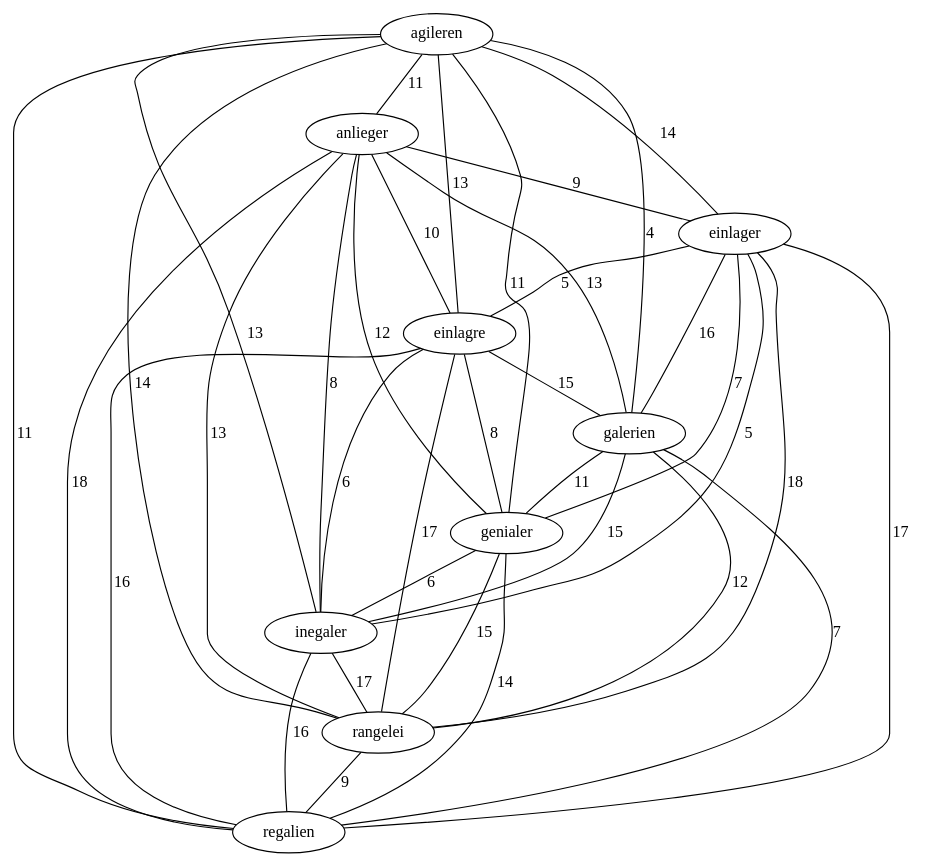
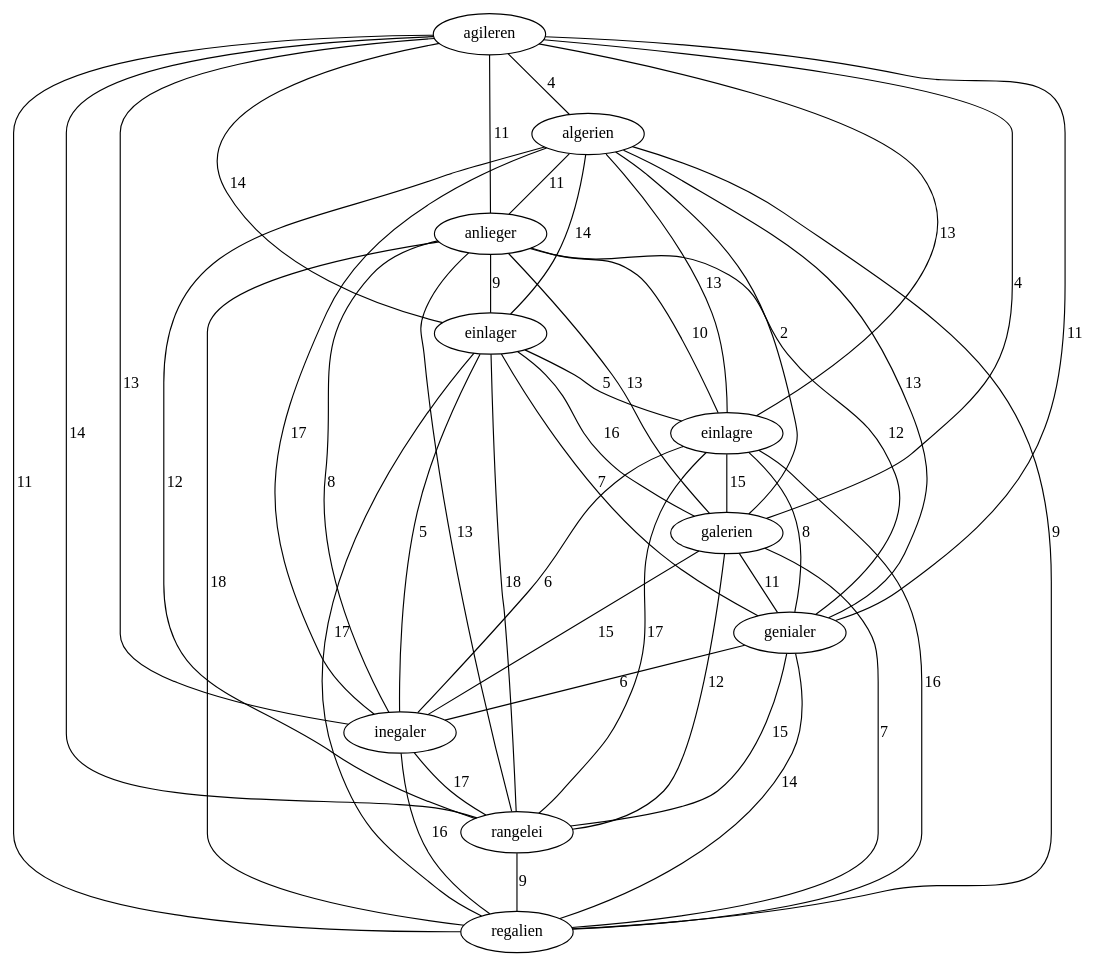
One commit to increpare/Galaktisches_Etymologieforschungsinstitut changed the diagram in output/dot/DE_agileren.dot. Above: the diagram before and after it, drawn with Graphviz. The commit also changed 21 other files, not shown here.

```diff
--- a/output/dot/DE_agileren.dot
+++ b/output/dot/DE_agileren.dot
@@ -1,38 +1,47 @@
 graph {
+	agileren -- algerien [ label="4" ];
 	agileren -- anlieger [ label="11" ];
 	agileren -- einlager [ label="14" ];
 	agileren -- einlagre [ label="13" ];
 	agileren -- galerien [ label="4" ];
 	agileren -- genialer [ label="11" ];
 	agileren -- inegaler [ label="13" ];
 	agileren -- rangelei [ label="14" ];
 	agileren -- regalien [ label="11" ];
+	algerien -- anlieger [ label="11" ];
+	algerien -- einlager [ label="14" ];
+	algerien -- einlagre [ label="13" ];
+	algerien -- galerien [ label="2" ];
+	algerien -- genialer [ label="13" ];
+	algerien -- inegaler [ label="17" ];
+	algerien -- rangelei [ label="12" ];
+	algerien -- regalien [ label="9" ];
 	anlieger -- einlager [ label="9" ];
 	anlieger -- einlagre [ label="10" ];
 	anlieger -- galerien [ label="13" ];
 	anlieger -- genialer [ label="12" ];
 	anlieger -- inegaler [ label="8" ];
 	anlieger -- rangelei [ label="13" ];
 	anlieger -- regalien [ label="18" ];
 	einlager -- einlagre [ label="5" ];
 	einlager -- galerien [ label="16" ];
 	einlager -- genialer [ label="7" ];
 	einlager -- inegaler [ label="5" ];
 	einlager -- rangelei [ label="18" ];
 	einlager -- regalien [ label="17" ];
 	einlagre -- galerien [ label="15" ];
 	einlagre -- genialer [ label="8" ];
 	einlagre -- inegaler [ label="6" ];
 	einlagre -- rangelei [ label="17" ];
 	einlagre -- regalien [ label="16" ];
 	galerien -- genialer [ label="11" ];
 	galerien -- inegaler [ label="15" ];
 	galerien -- rangelei [ label="12" ];
 	galerien -- regalien [ label="7" ];
 	genialer -- inegaler [ label="6" ];
 	genialer -- rangelei [ label="15" ];
 	genialer -- regalien [ label="14" ];
 	inegaler -- rangelei [ label="17" ];
 	inegaler -- regalien [ label="16" ];
 	rangelei -- regalien [ label="9" ];
 }
```
